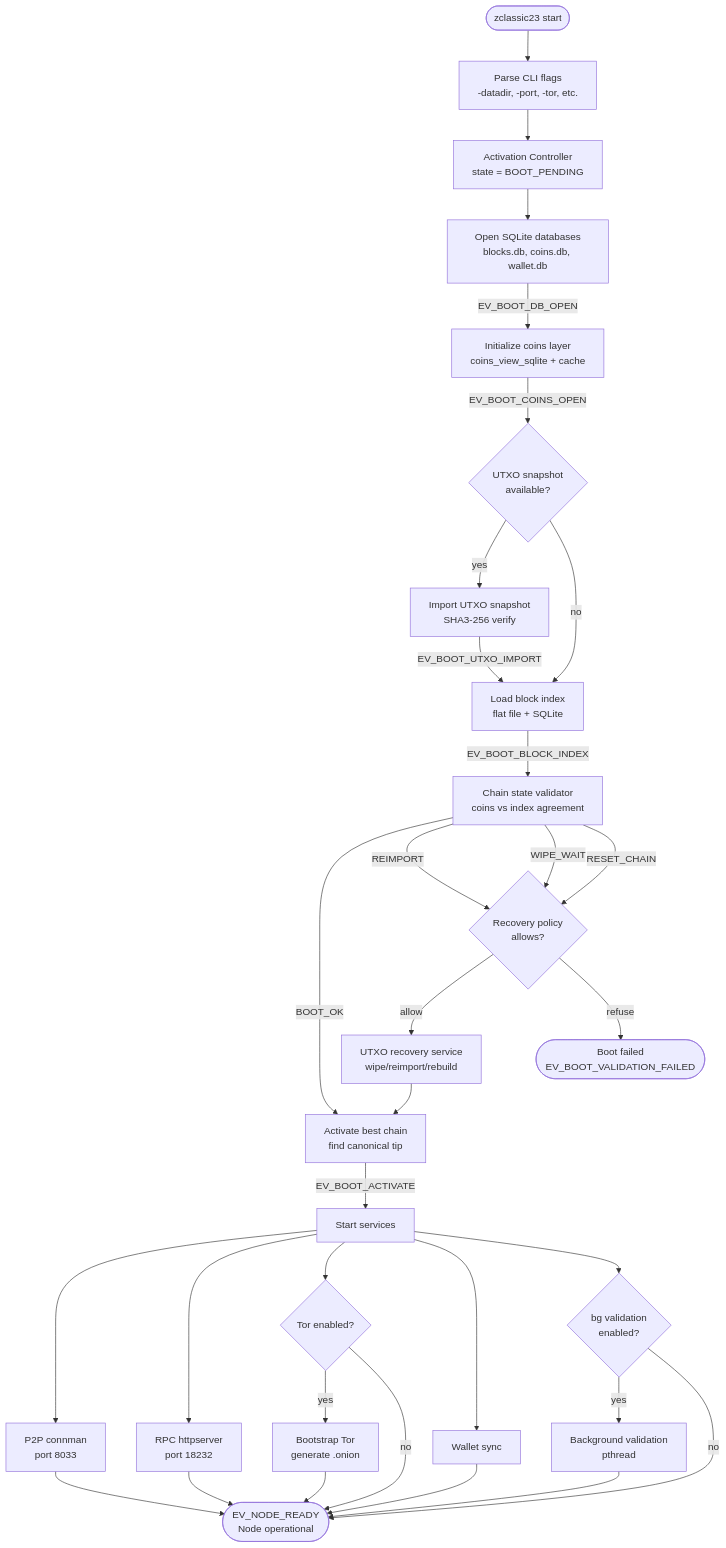
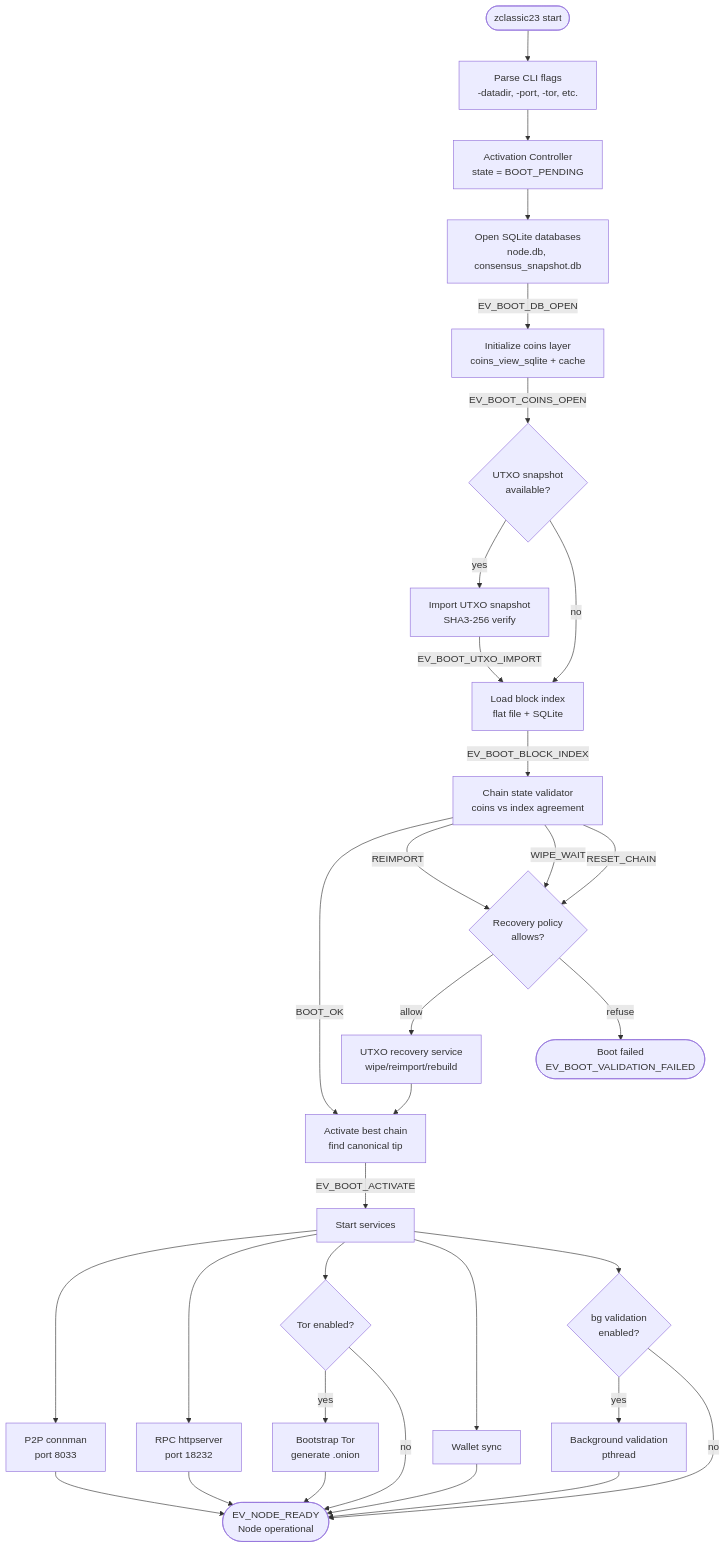
The first of 6 diagrams in docs/ARCHITECTURE_DIAGRAMS.md (VictorLux/zclassic-1), drawn with Mermaid before and after one commit. The commit also changed other lines of this file and 3 other files, not shown here.

````diff
--- a/docs/ARCHITECTURE_DIAGRAMS.md
+++ b/docs/ARCHITECTURE_DIAGRAMS.md
@@ -9,48 +9,48 @@
 ```mermaid
 flowchart TD
     START([zclassic23 start]) --> PARSE[Parse CLI flags<br/>-datadir, -port, -tor, etc.]
     PARSE --> ACTIVATION[Activation Controller<br/>state = BOOT_PENDING]
 
-    ACTIVATION --> DB_OPEN[Open SQLite databases<br/>blocks.db, coins.db, wallet.db]
+    ACTIVATION --> DB_OPEN[Open SQLite databases<br/>node.db, consensus_snapshot.db]
     DB_OPEN -->|EV_BOOT_DB_OPEN| COINS[Initialize coins layer<br/>coins_view_sqlite + cache]
     COINS -->|EV_BOOT_COINS_OPEN| UTXO_CHECK{UTXO snapshot<br/>available?}
 
     UTXO_CHECK -->|yes| UTXO_IMPORT[Import UTXO snapshot<br/>SHA3-256 verify]
     UTXO_CHECK -->|no| BLOCK_INDEX
     UTXO_IMPORT -->|EV_BOOT_UTXO_IMPORT| BLOCK_INDEX
 
     BLOCK_INDEX[Load block index<br/>flat file + SQLite] -->|EV_BOOT_BLOCK_INDEX| CHAIN_VALIDATE
 
     CHAIN_VALIDATE[Chain state validator<br/>coins vs index agreement]
     CHAIN_VALIDATE -->|BOOT_OK| ACTIVATE
     CHAIN_VALIDATE -->|REIMPORT| RECOVERY{Recovery policy<br/>allows?}
     CHAIN_VALIDATE -->|WIPE_WAIT| RECOVERY
     CHAIN_VALIDATE -->|RESET_CHAIN| RECOVERY
 
     RECOVERY -->|allow| UTXO_RECOVERY[UTXO recovery service<br/>wipe/reimport/rebuild]
     RECOVERY -->|refuse| FAIL([Boot failed<br/>EV_BOOT_VALIDATION_FAILED])
     UTXO_RECOVERY --> ACTIVATE
 
     ACTIVATE[Activate best chain<br/>find canonical tip] -->|EV_BOOT_ACTIVATE| SERVICES
 
     SERVICES[Start services]
     SERVICES --> P2P[P2P connman<br/>port 8033]
     SERVICES --> RPC[RPC httpserver<br/>port 18232]
     SERVICES --> TOR{Tor enabled?}
     SERVICES --> WALLET[Wallet sync]
     SERVICES --> BG_VAL{bg validation<br/>enabled?}
 
     TOR -->|yes| TOR_BOOT[Bootstrap Tor<br/>generate .onion]
     TOR -->|no| READY
     TOR_BOOT --> READY
 
     BG_VAL -->|yes| BG_START[Background validation<br/>pthread]
     BG_VAL -->|no| READY
 
     P2P --> READY
     RPC --> READY
     WALLET --> READY
     BG_START --> READY
 
     READY([EV_NODE_READY<br/>Node operational])
 ```
````
